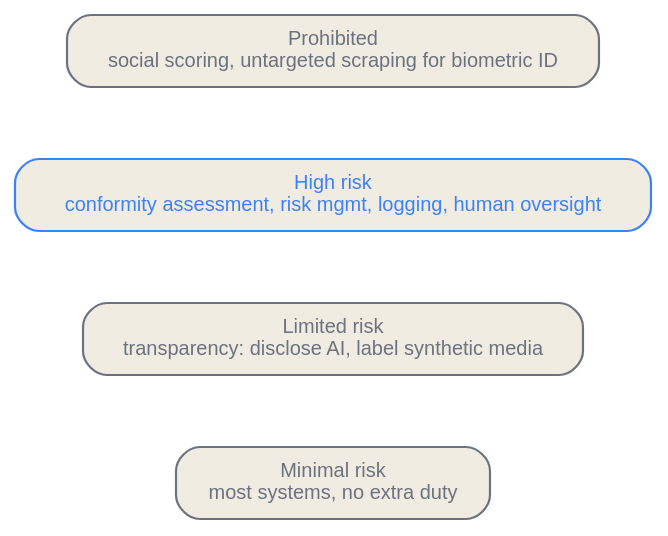
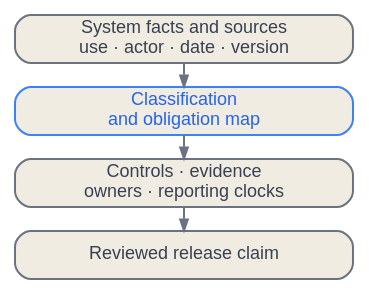
One commit to latere-ai/ai-as-an-infrastructure changed the diagram in en/safety/08-law-regulation-policy.qmd. Above: the diagram before and after it, drawn with Graphviz. The commit also changed other lines of this file and 4 other files, not shown here.

````diff
--- a/en/safety/08-law-regulation-policy.qmd
+++ b/en/safety/08-law-regulation-policy.qmd
@@ -39,17 +52,16 @@
 ```{dot}
-//| label: fig-law-risk-pyramid
-//| fig-cap: "The EU AI Act sorts a system by the risk of its use, not by its architecture. Obligations rise with the tier: most systems sit at the base with none, a transparency duty applies in the middle, conformity assessment applies to high-risk uses, and a small set of uses is banned outright. General-purpose models carry a separate, parallel set of duties."
-digraph risk {
-  rankdir=BT;
+//| label: fig-law-versioned-claim
+//| fig-cap: "A compliance conclusion is valid only for the recorded facts and sources. A change at either input reopens classification before release evidence can be reused."
+digraph claim {
+  rankdir=TB;
   bgcolor="transparent";
-  node [shape=box, style="rounded,filled", fontname="Helvetica", fontsize=10, color="#6b7280", fontcolor="#6b7280", fillcolor="#f1ece1", penwidth=1.1];
-  edge [color="#6b7280"];
-
-  minimal [label="Minimal risk\nmost systems, no extra duty"];
-  limited [label="Limited risk\ntransparency: disclose AI, label synthetic media"];
-  high    [label="High risk\nconformity assessment, risk mgmt, logging, human oversight", color="#3b82f6", fontcolor="#3b82f6"];
-  banned  [label="Prohibited\nsocial scoring, untargeted scraping for biometric ID"];
-
-  minimal -> limited -> high -> banned [style=invis];
+  graph [nodesep=0.12, ranksep=0.16];
+  node [shape=box, style="rounded,filled", fontname="Helvetica", fontsize=9, color="#6b7280", fontcolor="#374151", fillcolor="#f1ece1", width=2.35, height=0.34, margin="0.05,0.03"];
+  edge [color="#6b7280", arrowsize=0.55];
+  inputs [label="System facts and sources\nuse · actor · date · version"];
+  classify [label="Classification\nand obligation map", color="#3b82f6", fontcolor="#2563eb"];
+  evidence [label="Controls · evidence\nowners · reporting clocks"];
+  release [label="Reviewed release claim"];
+  inputs -> classify -> evidence -> release;
 }
 ```
````
